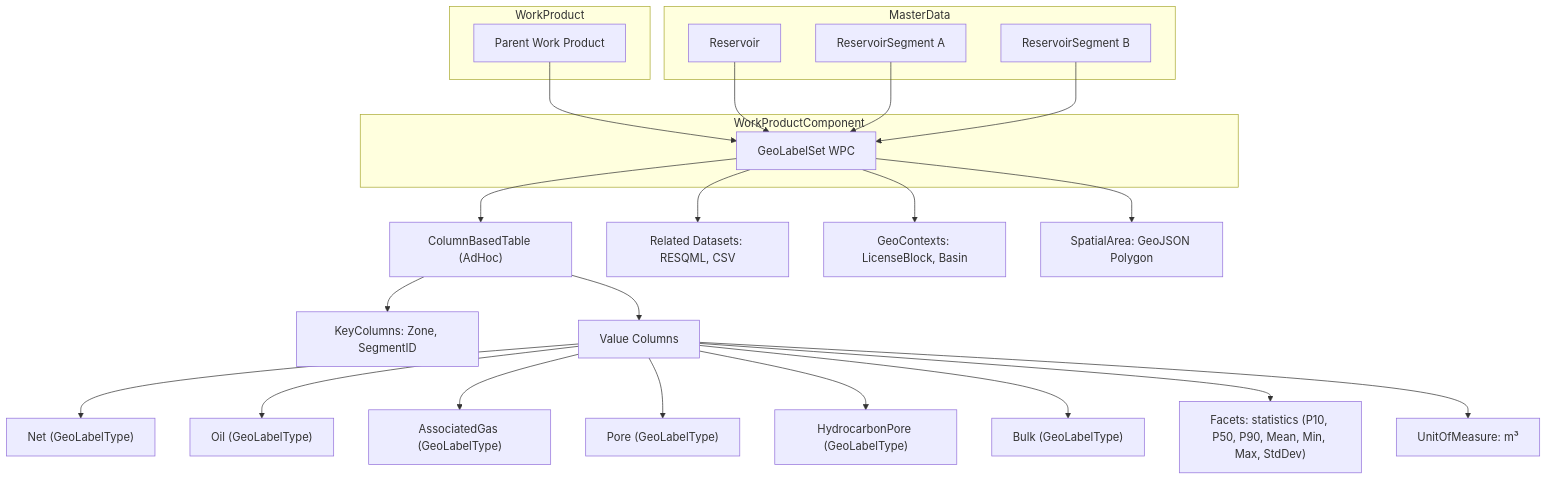
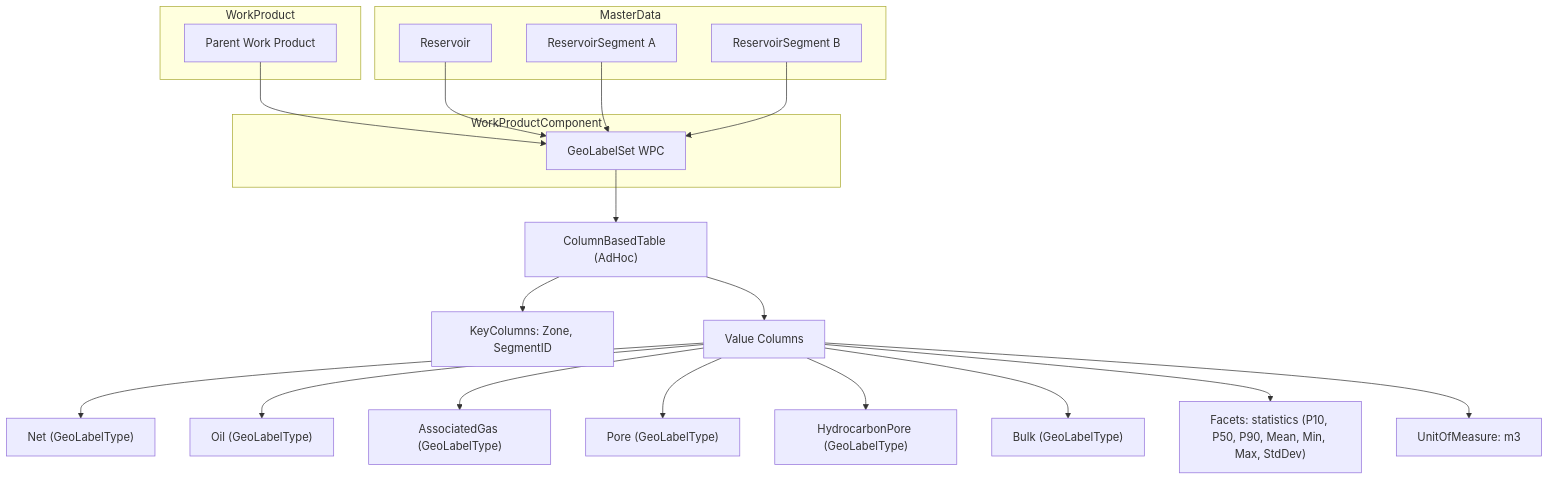
Before and after one commit to marcusapel/ores: the diagram in md/GeoLabelSet.md, drawn with Mermaid. The commit also changed other lines of this file and 7 other files, not shown here.

````diff
--- a/md/GeoLabelSet.md
+++ b/md/GeoLabelSet.md
@@ -158,37 +135,29 @@
 ```mermaid
 flowchart TB
-  %% Core entities
   subgraph WorkProductComponent
     GLS["GeoLabelSet WPC"]
   end
   subgraph MasterData
     Reservoir["Reservoir"]
     SegmentA["ReservoirSegment A"]
     SegmentB["ReservoirSegment B"]
   end
   subgraph WorkProduct
     WP["Parent Work Product"]
   end
-  %% Relationships
   WP --> GLS
   Reservoir --> GLS
   SegmentA --> GLS
   SegmentB --> GLS
-  %% GeoLabels structure
   GLS --> Table["ColumnBasedTable (AdHoc)"]
   Table --> KeyCols["KeyColumns: Zone, SegmentID"]
   Table --> ValueCols["Value Columns"]
   ValueCols --> Net["Net (GeoLabelType)"]
   ValueCols --> Oil["Oil (GeoLabelType)"]
   ValueCols --> Gas["AssociatedGas (GeoLabelType)"]
   ValueCols --> Pore["Pore (GeoLabelType)"]
   ValueCols --> HCP["HydrocarbonPore (GeoLabelType)"]
   ValueCols --> Bulk["Bulk (GeoLabelType)"]
-  %% Facets and Units
   ValueCols --> Facets["Facets: statistics (P10, P50, P90, Mean, Min, Max, StdDev)"]
-  ValueCols --> Units["UnitOfMeasure: m³"]
-  %% Context and provenance
-  GLS --> RelatedDatasets["Related Datasets: RESQML, CSV"]
-  GLS --> GeoContexts["GeoContexts: LicenseBlock, Basin"]
-  GLS --> SpatialArea["SpatialArea: GeoJSON Polygon"]
+  ValueCols --> Units["UnitOfMeasure: m3"]
 ```
````
